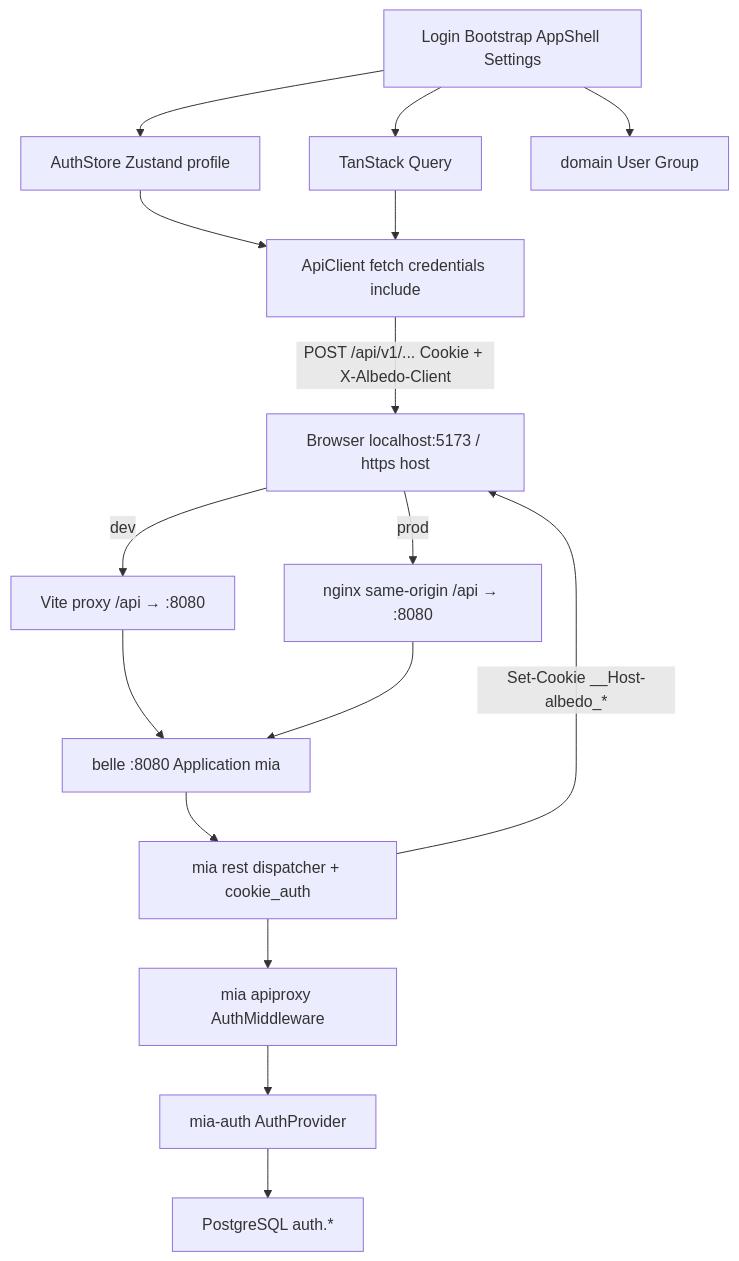
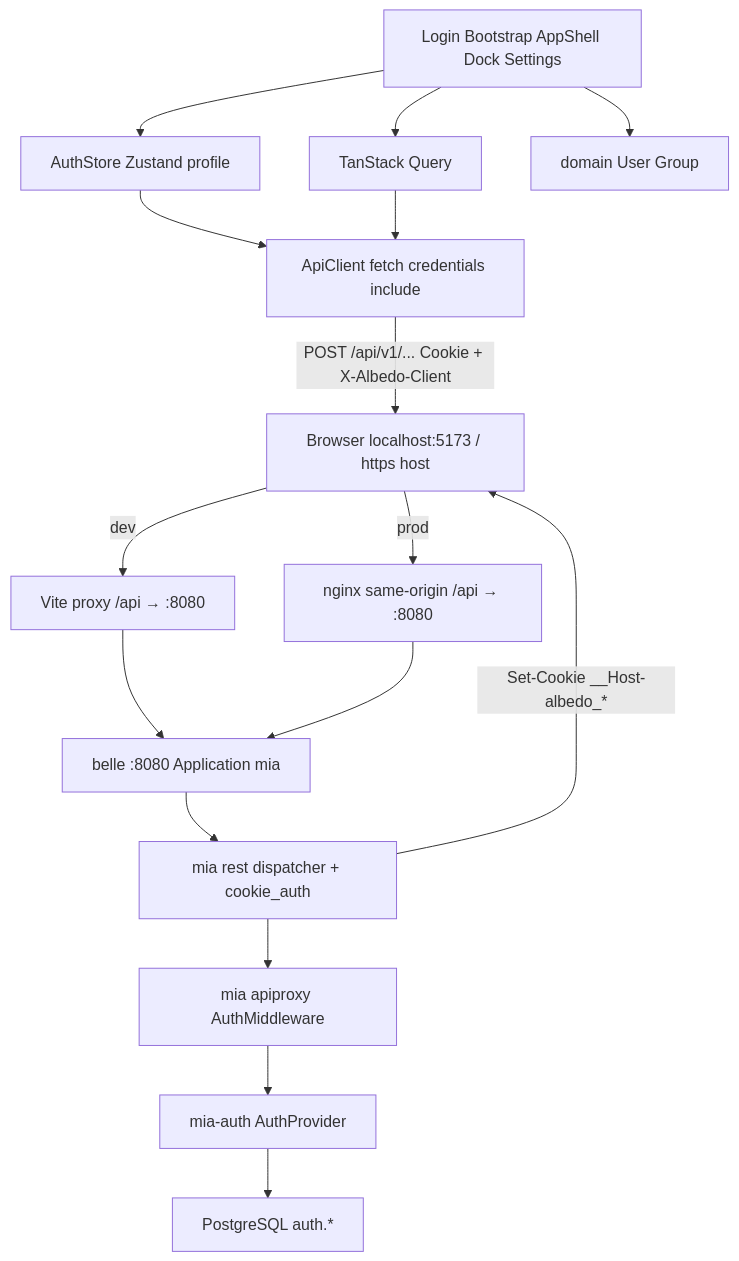
Before and after one commit to Dek1m/albedo: the diagram in docs/ARCHITECTURE.md, drawn with Mermaid. The commit also changed other lines of this file and 52 other files, not shown here.

````diff
--- a/docs/ARCHITECTURE.md
+++ b/docs/ARCHITECTURE.md
@@ -121,32 +132,32 @@
 ```mermaid
 graph TD
   Browser["Browser localhost:5173 / https host"]
   Vite["Vite proxy /api → :8080"]
   Nginx["nginx same-origin /api → :8080"]
   ApiClient["ApiClient fetch credentials include"]
   AuthStore["AuthStore Zustand profile"]
   TQ["TanStack Query"]
   Domain["domain User Group"]
-  Features["Login Bootstrap AppShell Settings"]
+  Features["Login Bootstrap AppShell Dock Settings"]
   Belle["belle :8080 Application mia"]
   Rest["mia rest dispatcher + cookie_auth"]
   Proxy["mia apiproxy AuthMiddleware"]
   Auth["mia-auth AuthProvider"]
   PG["PostgreSQL auth.*"]
 
   Features --> AuthStore
   Features --> TQ
   Features --> Domain
   AuthStore --> ApiClient
   TQ --> ApiClient
   ApiClient -->|"POST /api/v1/... Cookie + X-Albedo-Client"| Browser
   Browser -->|"dev"| Vite
   Browser -->|"prod"| Nginx
   Vite --> Belle
   Nginx --> Belle
   Belle --> Rest
   Rest -->|"Set-Cookie __Host-albedo_*"| Browser
   Rest --> Proxy
   Proxy --> Auth
   Auth --> PG
 ```
````
